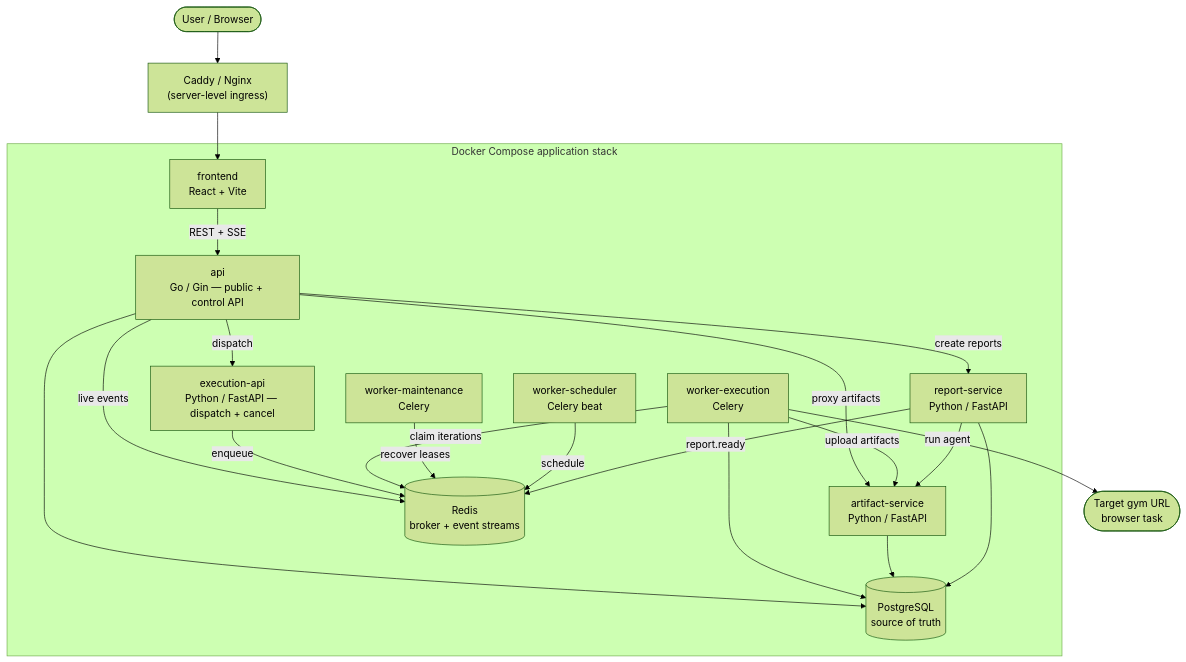
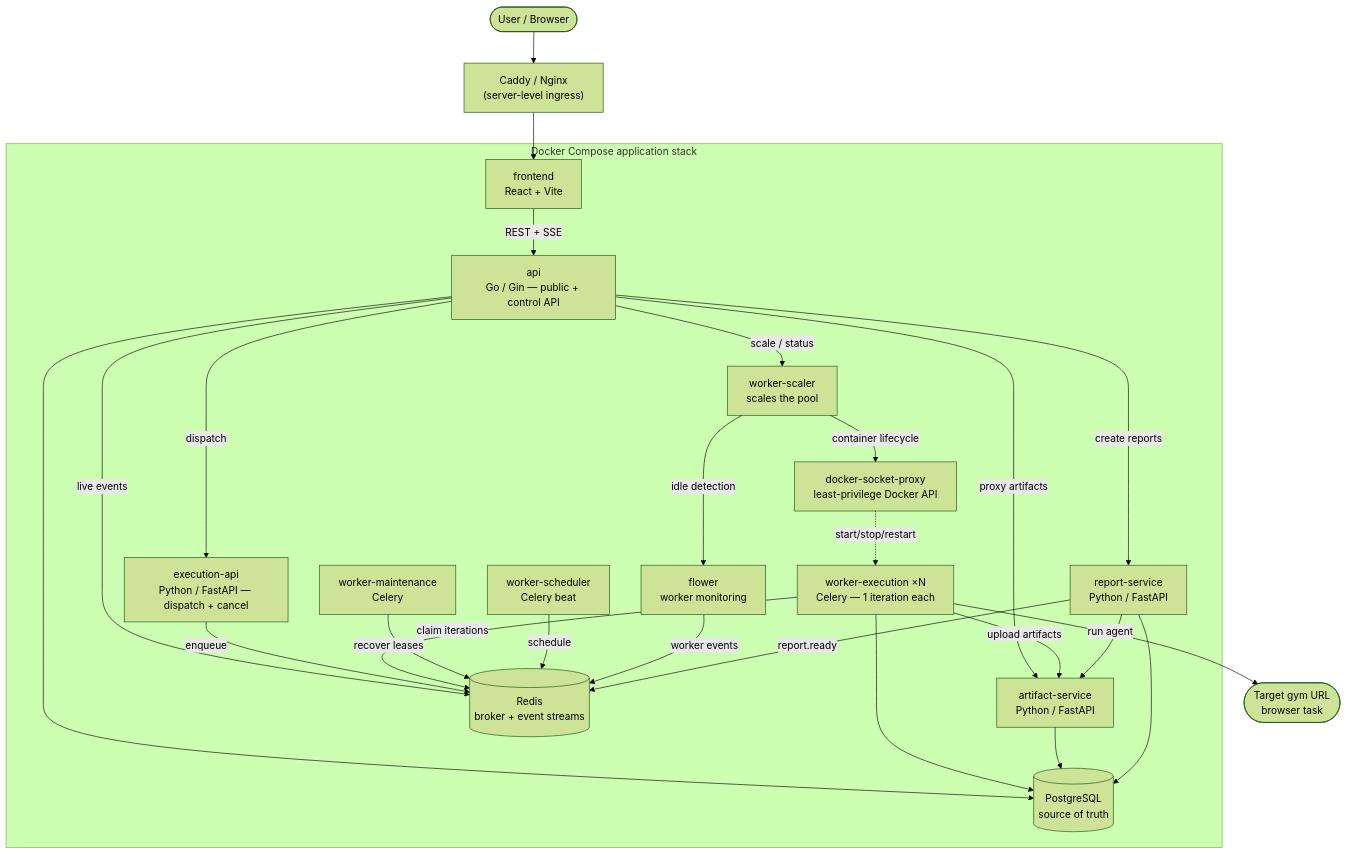
The diagram in README.md (Gh0sT-810/harness-studio), drawn with Mermaid (forest theme) before and after one commit. The commit also changed other lines of this file, not shown here.

First line of the commit message:
Enhance README with worker scaling and execution details

````diff
--- a/README.md
+++ b/README.md
@@ -56,38 +57,46 @@
 ```mermaid
 flowchart TB
     user([User / Browser])
     ingress["Caddy / Nginx<br/>(server-level ingress)"]
     gym([Target gym URL<br/>browser task])
 
     subgraph app["Docker Compose application stack"]
         fe["frontend<br/>React + Vite"]
         api["api<br/>Go / Gin — public + control API"]
         exec["execution-api<br/>Python / FastAPI — dispatch + cancel"]
-        we["worker-execution<br/>Celery"]
+        we["worker-execution ×N<br/>Celery — 1 iteration each"]
         wm["worker-maintenance<br/>Celery"]
         ws["worker-scheduler<br/>Celery beat"]
+        scaler["worker-scaler<br/>scales the pool"]
+        proxy["docker-socket-proxy<br/>least-privilege Docker API"]
+        fl["flower<br/>worker monitoring"]
         art["artifact-service<br/>Python / FastAPI"]
         rep["report-service<br/>Python / FastAPI"]
         pg[("PostgreSQL<br/>source of truth")]
         rd[("Redis<br/>broker + event streams")]
     end
 
     user --> ingress --> fe
     fe -->|REST + SSE| api
     api -->|dispatch| exec
+    api -->|scale / status| scaler
     api --> pg
     api -->|live events| rd
     api -->|proxy artifacts| art
     api -->|create reports| rep
     exec -->|enqueue| rd
     we -->|claim iterations| rd
     wm -->|recover leases| rd
     ws -->|schedule| rd
+    scaler -->|container lifecycle| proxy
+    proxy -.->|start/stop/restart| we
+    scaler -->|idle detection| fl
+    fl -->|worker events| rd
     we -->|run agent| gym
     we -->|upload artifacts| art
     we --> pg
     rep --> art
     rep -->|report.ready| rd
     art --> pg
     rep --> pg
 ```
````
